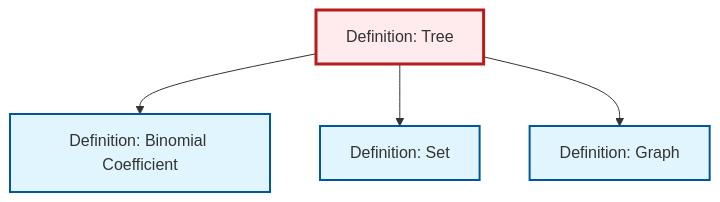
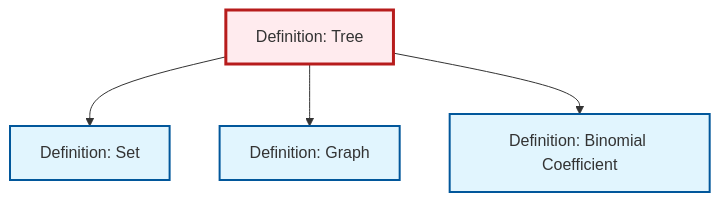
The diagram in content/en/combinatorics/def-tree.qmd (RK0429/ModernMath), drawn with Mermaid before and after one commit. The commit also changed other lines of this file and 328 other files, not shown here.

````diff
--- a/content/en/combinatorics/def-tree.qmd
+++ b/content/en/combinatorics/def-tree.qmd
@@ -136,20 +136,20 @@
 ```{mermaid}
 %%| fig-cap: "Local dependency graph"
 graph TD
     classDef definition fill:#e1f5fe,stroke:#01579b,stroke-width:2px
     classDef theorem fill:#f3e5f5,stroke:#4a148c,stroke-width:2px
     classDef axiom fill:#fff3e0,stroke:#e65100,stroke-width:2px
     classDef example fill:#e8f5e9,stroke:#1b5e20,stroke-width:2px
     classDef current fill:#ffebee,stroke:#b71c1c,stroke-width:3px
+    def-binomial-coefficient["Definition: Binomial Coefficient"]:::definition
     def-set["Definition: Set"]:::definition
     def-tree["Definition: Tree"]:::definition
-    def-binomial-coefficient["Definition: Binomial Coefficient"]:::definition
     def-graph["Definition: Graph"]:::definition
-    def-tree --> def-binomial-coefficient
     def-tree --> def-set
     def-tree --> def-graph
+    def-tree --> def-binomial-coefficient
     class def-tree current
+    click def-binomial-coefficient "def-binomial-coefficient.html" "Go to Binomial Coefficient definition"
     click def-set "def-set.html" "Go to Set definition"
-    click def-binomial-coefficient "def-binomial-coefficient.html" "Go to Binomial Coefficient definition"
     click def-graph "def-graph.html" "Go to Graph definition"
 ```
````
